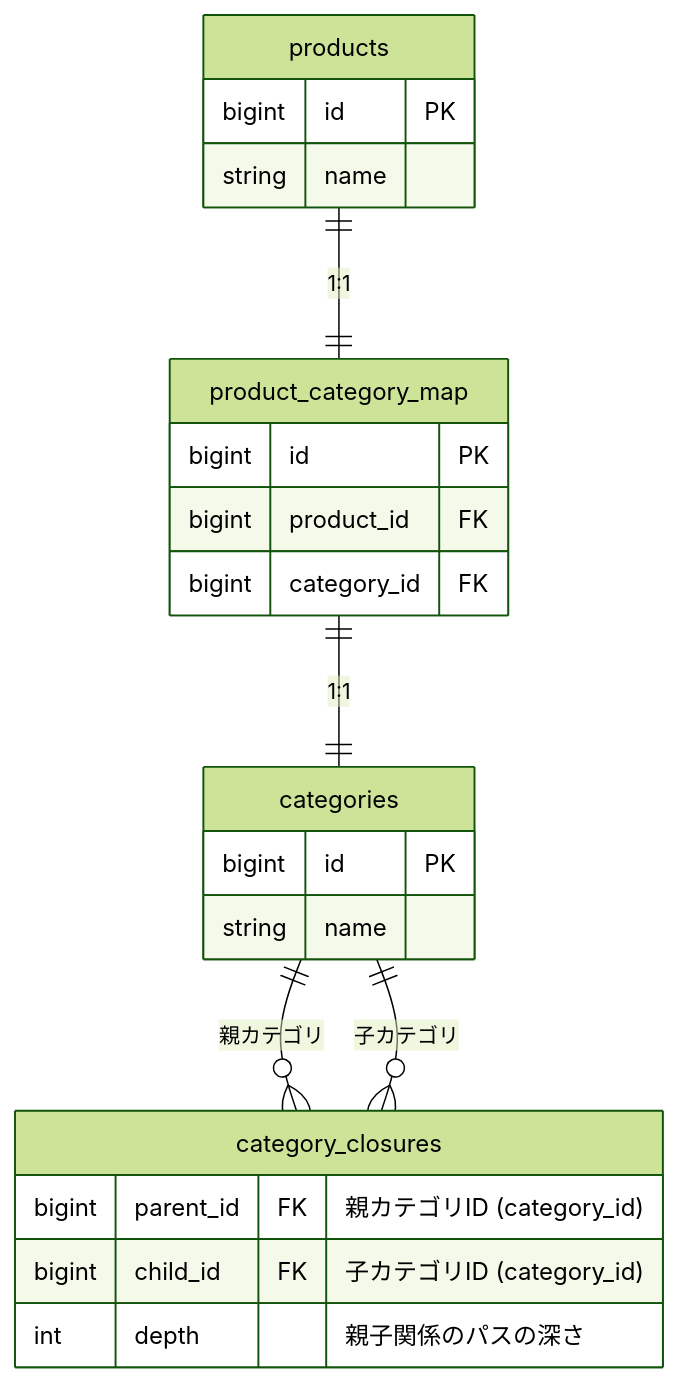
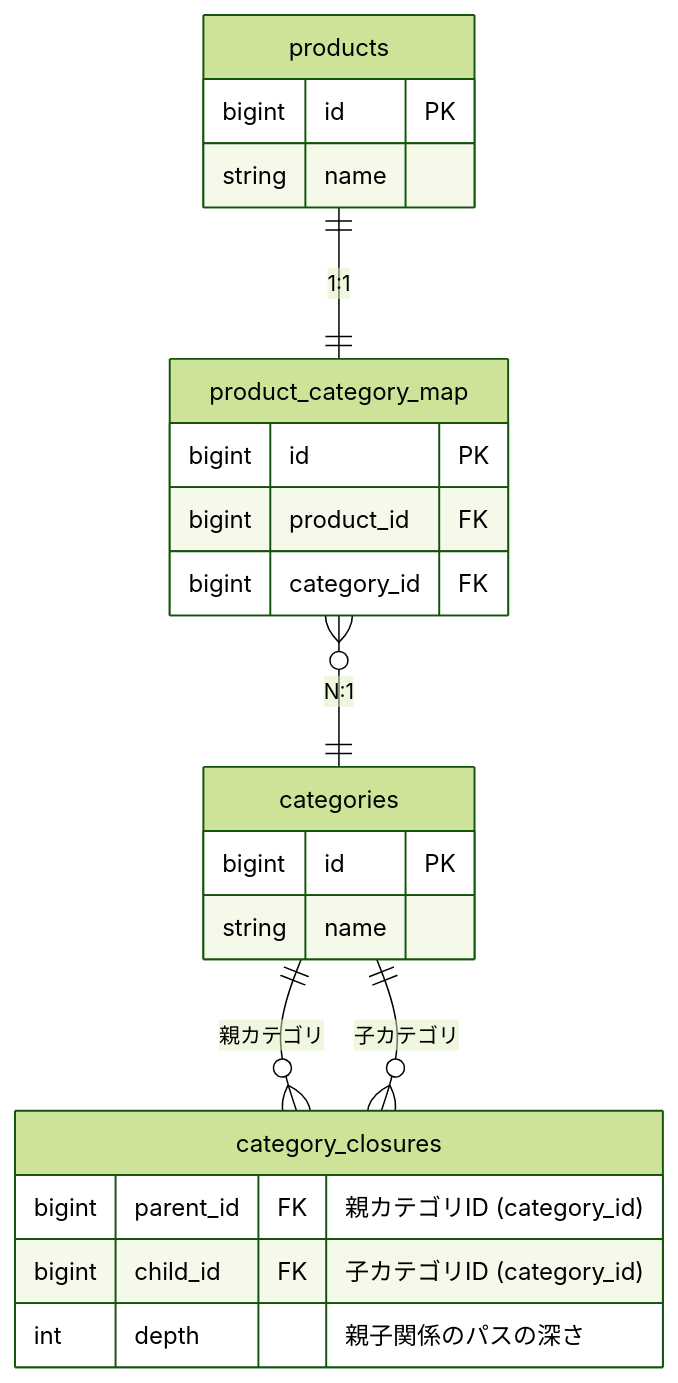
The second of 11 diagrams in README.md (kuroweb/price-monitoring), drawn with Mermaid (forest theme) before and after one commit.

````diff
--- a/README.md
+++ b/README.md
@@ -68,26 +68,26 @@
 ```mermaid
 erDiagram
   products {
     bigint id PK
     string name
   }
   product_category_map {
     bigint id PK
     bigint product_id FK
     bigint category_id FK
   }
   categories {
     bigint id PK
     string name
   }
   category_closures {
     bigint parent_id FK "親カテゴリID (category_id)"
     bigint child_id FK "子カテゴリID (category_id)"
     int depth "親子関係のパスの深さ"
   }
 
   products ||--|| product_category_map : "1:1"
-  product_category_map ||--|| categories : "1:1"
+  product_category_map }o--|| categories : "N:1"
   categories ||--o{ category_closures : "親カテゴリ"
   categories ||--o{ category_closures : "子カテゴリ"
 ```
````
